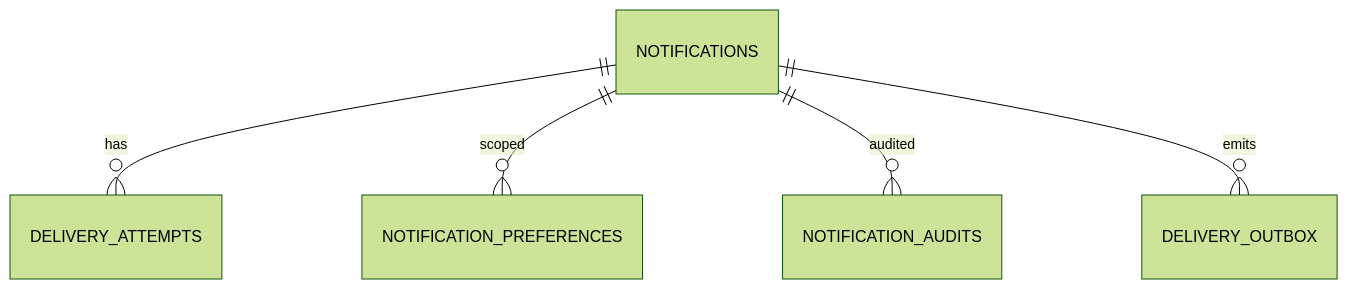
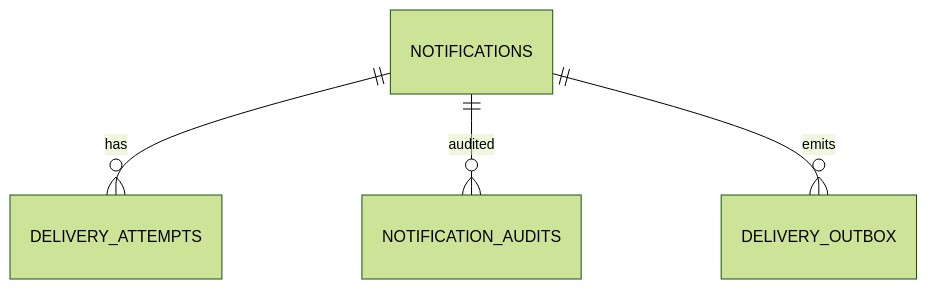
The diagram in notification-docs/docs/db/notification.md (ecommerce-taca/docs), drawn with Mermaid (forest theme) before and after one commit. The commit also changed other lines of this file and 10 other files, not shown here.

````diff
--- a/notification-docs/docs/db/notification.md
+++ b/notification-docs/docs/db/notification.md
@@ -19,7 +19,6 @@
 ```mermaid
 erDiagram
     NOTIFICATIONS ||--o{ DELIVERY_ATTEMPTS : has
-    NOTIFICATIONS ||--o{ NOTIFICATION_PREFERENCES : scoped
     NOTIFICATIONS ||--o{ NOTIFICATION_AUDITS : audited
     NOTIFICATIONS ||--o{ DELIVERY_OUTBOX : emits
 ```
````
